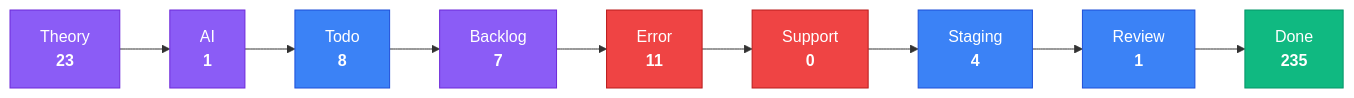
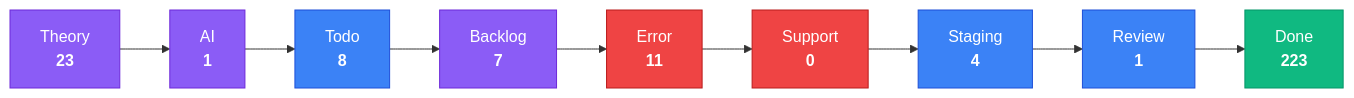
Before and after one commit to KBVE/kbve: the third of 4 diagrams in apps/kbve/astro-kbve/src/content/docs/dashboard/kanban-data.mdx, drawn with Mermaid. The commit also changed other lines of this file and 7 other files, not shown here.

````diff
--- a/apps/kbve/astro-kbve/src/content/docs/dashboard/kanban-data.mdx
+++ b/apps/kbve/astro-kbve/src/content/docs/dashboard/kanban-data.mdx
@@ -80,28 +80,28 @@
 ```mermaid
 flowchart LR
     classDef planning fill:#8b5cf6,stroke:#6d28d9,color:#fff
     classDef active fill:#3b82f6,stroke:#1d4ed8,color:#fff
     classDef blocked fill:#ef4444,stroke:#b91c1c,color:#fff
     classDef done fill:#10b981,stroke:#059669,color:#fff
     Theory["Theory<br/><strong>23</strong>"]
     Theory --> AI
     AI["AI<br/><strong>1</strong>"]
     AI --> Todo
     Todo["Todo<br/><strong>8</strong>"]
     Todo --> Backlog
     Backlog["Backlog<br/><strong>7</strong>"]
     Backlog --> Error
     Error["Error<br/><strong>11</strong>"]
     Error --> Support
     Support["Support<br/><strong>0</strong>"]
     Support --> Staging
     Staging["Staging<br/><strong>4</strong>"]
     Staging --> Review
     Review["Review<br/><strong>1</strong>"]
     Review --> Done
-    Done["Done<br/><strong>235</strong>"]
+    Done["Done<br/><strong>223</strong>"]
     class Theory,AI,Backlog planning
     class Todo,Staging,Review active
     class Error,Support blocked
     class Done done
 ```
````
